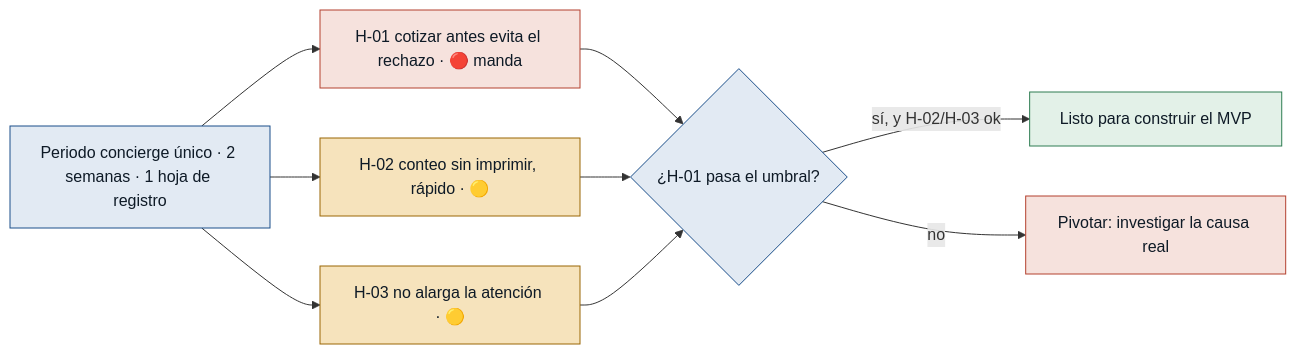
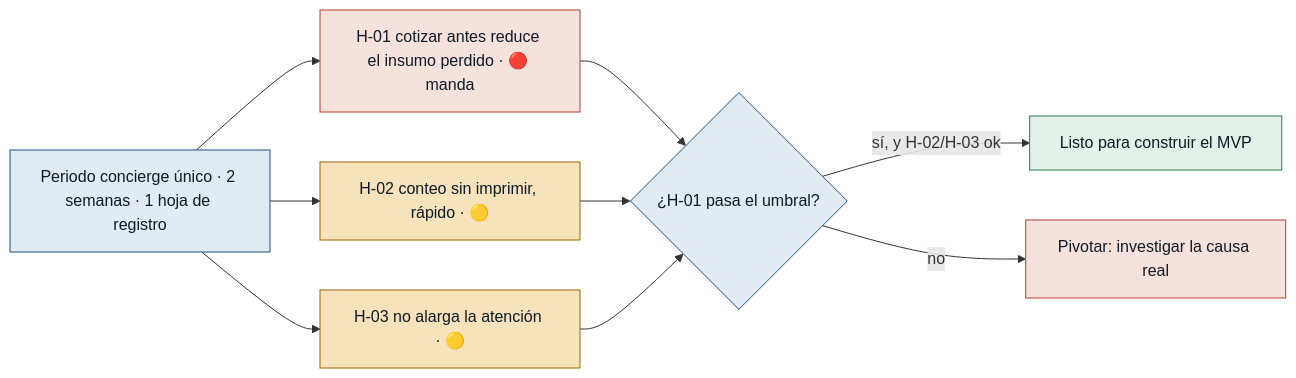
One commit to KituNaranjo/discovery-agent changed the fifth of 5 diagrams in discoveries/bazarpapeleria/outputs/hypotheses.md. Above: the diagram before and after it, drawn with Mermaid. The commit also changed other lines of this file and 8 other files, not shown here.

````diff
--- a/discoveries/bazarpapeleria/outputs/hypotheses.md
+++ b/discoveries/bazarpapeleria/outputs/hypotheses.md
@@ -180,16 +187,16 @@
 ```mermaid
 flowchart LR
   classDef base fill:#E2EAF3,stroke:#1A4E8A,color:#0E1A26;
   classDef alto fill:#F6E2DD,stroke:#B3402F,color:#0E1A26;
   classDef medio fill:#F6E3BC,stroke:#9A6605,color:#0E1A26;
   classDef ok fill:#E3F1E8,stroke:#2E7D52,color:#0E1A26;
   P[Periodo concierge único · 2 semanas · 1 hoja de registro]:::base
-  P --> H1[H-01 cotizar antes evita el rechazo · 🔴 manda]:::alto
+  P --> H1[H-01 cotizar antes reduce el insumo perdido · 🔴 manda]:::alto
   P --> H2[H-02 conteo sin imprimir, rápido · 🟡]:::medio
   P --> H3[H-03 no alarga la atención · 🟡]:::medio
   H1 --> D{¿H-01 pasa el umbral?}:::base
   H2 --> D
   H3 --> D
   D -->|sí, y H-02/H-03 ok| L[Listo para construir el MVP]:::ok
   D -->|no| V[Pivotar: investigar la causa real]:::alto
 ```
````
